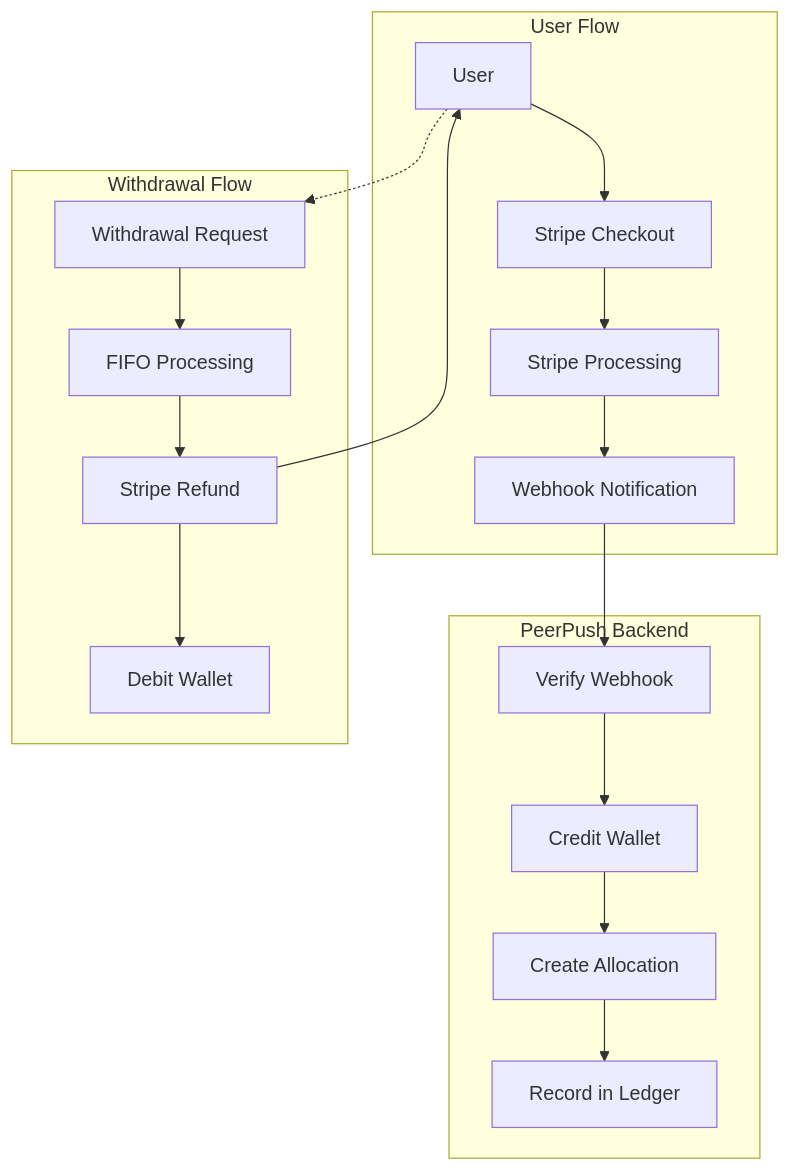
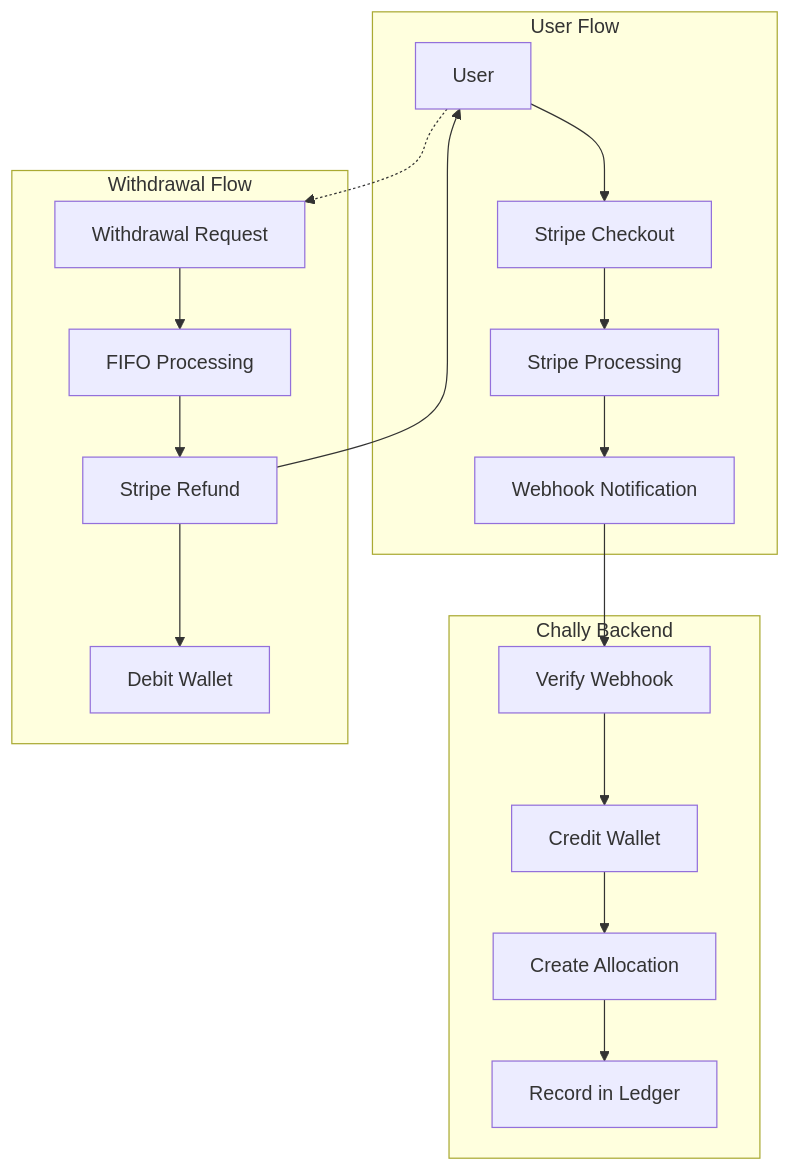
The diagram in docs/system/payment-processing.md (2bTwist/chally), drawn with Mermaid before and after one commit. The commit also changed other lines of this file and 18 other files, not shown here.

````diff
--- a/docs/system/payment-processing.md
+++ b/docs/system/payment-processing.md
@@ -9,24 +9,24 @@
 ```mermaid
 graph TB
     subgraph "User Flow"
         USER[User] --> CHECKOUT[Stripe Checkout]
         CHECKOUT --> STRIPE[Stripe Processing]
         STRIPE --> WEBHOOK[Webhook Notification]
     end
     
-    subgraph "PeerPush Backend"
+    subgraph "Chally Backend"
         WEBHOOK --> VERIFY[Verify Webhook]
         VERIFY --> WALLET[Credit Wallet]
         WALLET --> ALLOCATE[Create Allocation]
         ALLOCATE --> LEDGER[Record in Ledger]
     end
     
     subgraph "Withdrawal Flow"
         WITHDRAW[Withdrawal Request] --> FIFO[FIFO Processing]
         FIFO --> REFUND[Stripe Refund]
         REFUND --> DEBIT[Debit Wallet]
     end
     
     USER -.-> WITHDRAW
     REFUND --> USER
 ```
````
